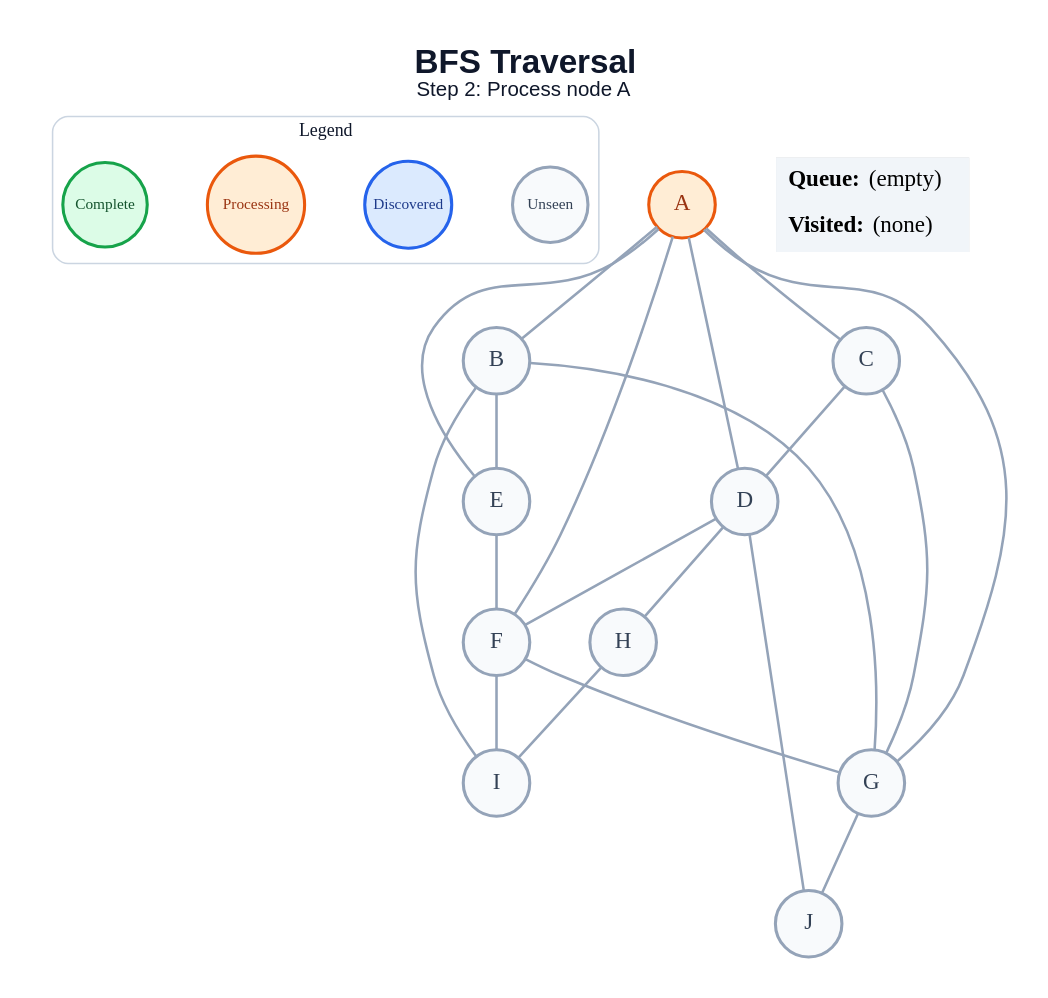
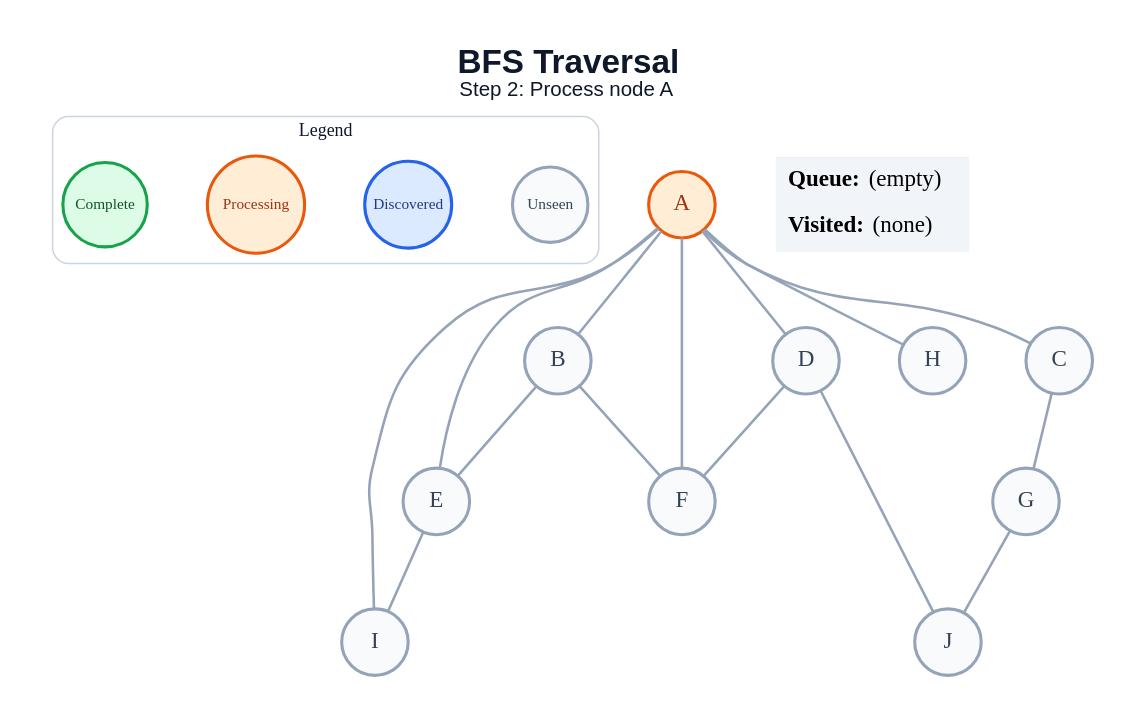
Before and after one commit to amanghodawala9/ai-slop: the diagram in generated/bfs/step_02.dot, drawn with Graphviz. The commit also changed 178 other files, not shown here.

```diff
--- a/generated/bfs/step_02.dot
+++ b/generated/bfs/step_02.dot
@@ -1,48 +1,43 @@
 graph traversal {
   graph [layout=dot, rankdir=TB, bgcolor="#FFFFFF", pad="0.35", nodesep="0.65", ranksep="0.8", fontname="Arial"];
   node [shape=circle, style="filled", fontname="Arial Bold", fontsize=18, width=0.72, fixedsize=true, penwidth=2.4];
   edge [color="#94A3B8", penwidth=2.0];
   label=<<B>BFS Traversal</B><BR/><FONT POINT-SIZE="16">Step 2: Process node A</FONT>>; labelloc="t"; fontsize=26; fontname="Arial"; fontcolor="#0F172A";
   subgraph cluster_legend { label="Legend"; color="#CBD5E1"; penwidth=1.2; style="rounded"; fontsize=14; fontname="Arial Bold";
     key_unseen [label="Unseen", fillcolor="#F8FAFC", color="#94A3B8", fontcolor="#334155", fontsize=12, width=0.82];
     key_frontier [label="Discovered", fillcolor="#DBEAFE", color="#2563EB", fontcolor="#1E3A8A", fontsize=12, width=0.95];
     key_current [label="Processing", fillcolor="#FFEDD5", color="#EA580C", fontcolor="#9A3412", fontsize=12, width=1.05];
     key_done [label="Complete", fillcolor="#DCFCE7", color="#16A34A", fontcolor="#14532D", fontsize=12, width=0.92];
     { rank=same; key_unseen; key_frontier; key_current; key_done; }
   }
   A [fillcolor="#FFEDD5", color="#EA580C", fontcolor="#9A3412"];
   B [fillcolor="#F8FAFC", color="#94A3B8", fontcolor="#334155"];
   C [fillcolor="#F8FAFC", color="#94A3B8", fontcolor="#334155"];
   D [fillcolor="#F8FAFC", color="#94A3B8", fontcolor="#334155"];
   E [fillcolor="#F8FAFC", color="#94A3B8", fontcolor="#334155"];
   F [fillcolor="#F8FAFC", color="#94A3B8", fontcolor="#334155"];
   G [fillcolor="#F8FAFC", color="#94A3B8", fontcolor="#334155"];
   H [fillcolor="#F8FAFC", color="#94A3B8", fontcolor="#334155"];
   I [fillcolor="#F8FAFC", color="#94A3B8", fontcolor="#334155"];
   J [fillcolor="#F8FAFC", color="#94A3B8", fontcolor="#334155"];
   A -- B;
   A -- C;
   A -- D;
   A -- E;
   A -- F;
-  A -- G;
+  A -- H;
+  A -- I;
   B -- E;
-  B -- G;
-  B -- I;
-  C -- D;
+  B -- F;
   C -- G;
   D -- F;
-  D -- H;
   D -- J;
-  E -- F;
-  F -- G;
-  F -- I;
+  E -- I;
   G -- J;
-  H -- I;
   status [shape=plain, fixedsize=false, width=0, height=0, margin=0, label=<
     <TABLE BORDER="0" CELLBORDER="0" CELLPADDING="7" BGCOLOR="#F1F5F9">
       <TR><TD ALIGN="LEFT"><B>Queue:</B> (empty)</TD></TR>
       <TR><TD ALIGN="LEFT"><B>Visited:</B> (none)</TD></TR>
     </TABLE>
   >];
 }
```
